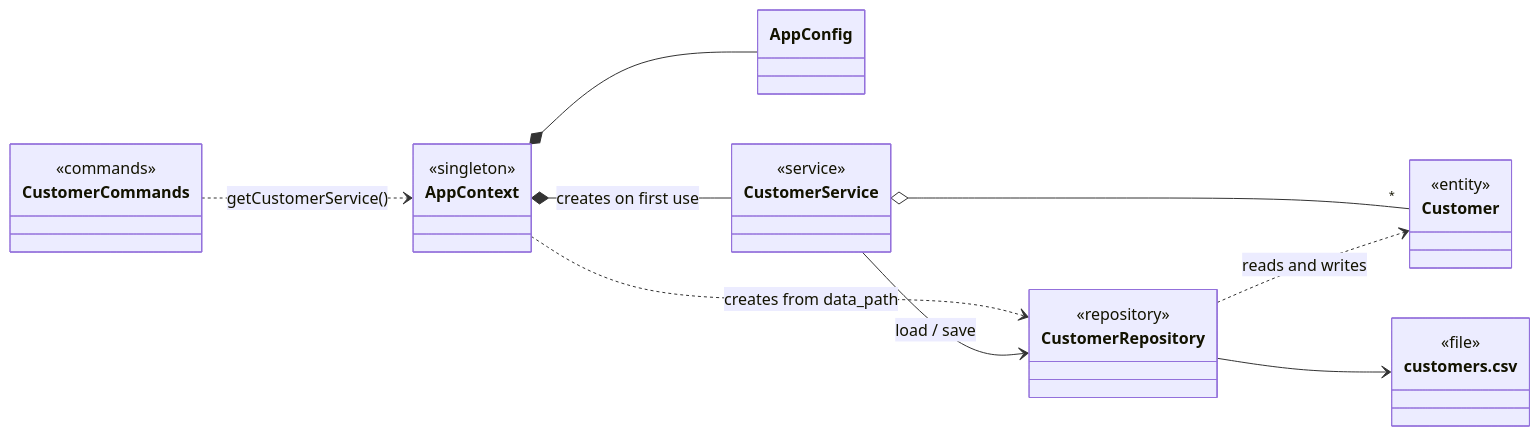
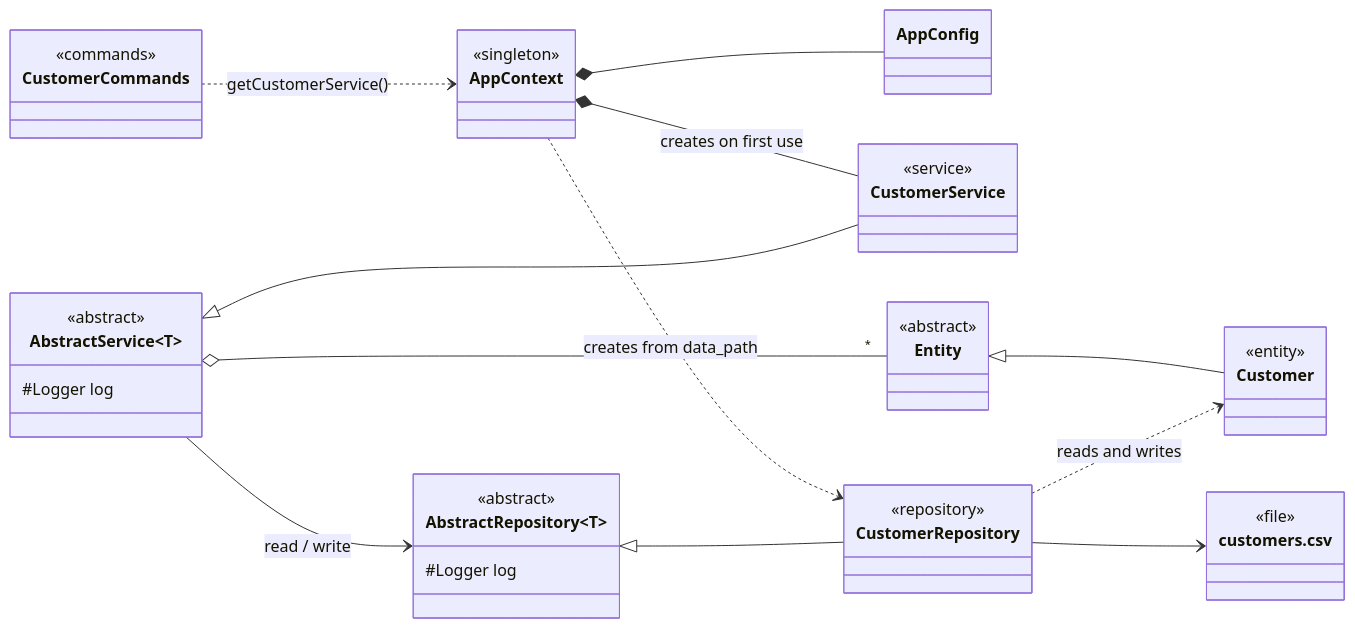
One commit to uvavalencia-cs2100/uva-blockbuster changed the fourth of 5 diagrams in docs/README.md. Above: the diagram before and after it, drawn with Mermaid. The commit also changed other lines of this file and 13 other files, not shown here.

First line of the commit message:
Redesign the architecture (#36)

````diff
--- a/docs/README.md
+++ b/docs/README.md
@@ -192,33 +276,47 @@
 ```mermaid
 classDiagram
     direction LR
 
     class CustomerCommands {
         <<commands>>
     }
     class AppContext {
         <<singleton>>
     }
     class AppConfig
+    class AbstractService~T~ {
+        <<abstract>>
+        #Logger log
+    }
     class CustomerService {
         <<service>>
     }
+    class AbstractRepository~T~ {
+        <<abstract>>
+        #Logger log
+    }
     class CustomerRepository {
         <<repository>>
+    }
+    class Entity {
+        <<abstract>>
     }
     class Customer {
         <<entity>>
     }
     class customers_csv["customers.csv"] {
         <<file>>
     }
 
     CustomerCommands ..> AppContext : getCustomerService()
     AppContext *-- AppConfig
     AppContext *-- CustomerService : creates on first use
     AppContext ..> CustomerRepository : creates from data_path
-    CustomerService --> CustomerRepository : load / save
-    CustomerService o-- "*" Customer
+    AbstractService <|-- CustomerService
+    AbstractRepository <|-- CustomerRepository
+    Entity <|-- Customer
+    AbstractService --> AbstractRepository : read / write
+    AbstractService o-- "*" Entity
     CustomerRepository ..> Customer : reads and writes
     CustomerRepository --> customers_csv
 ```
````
